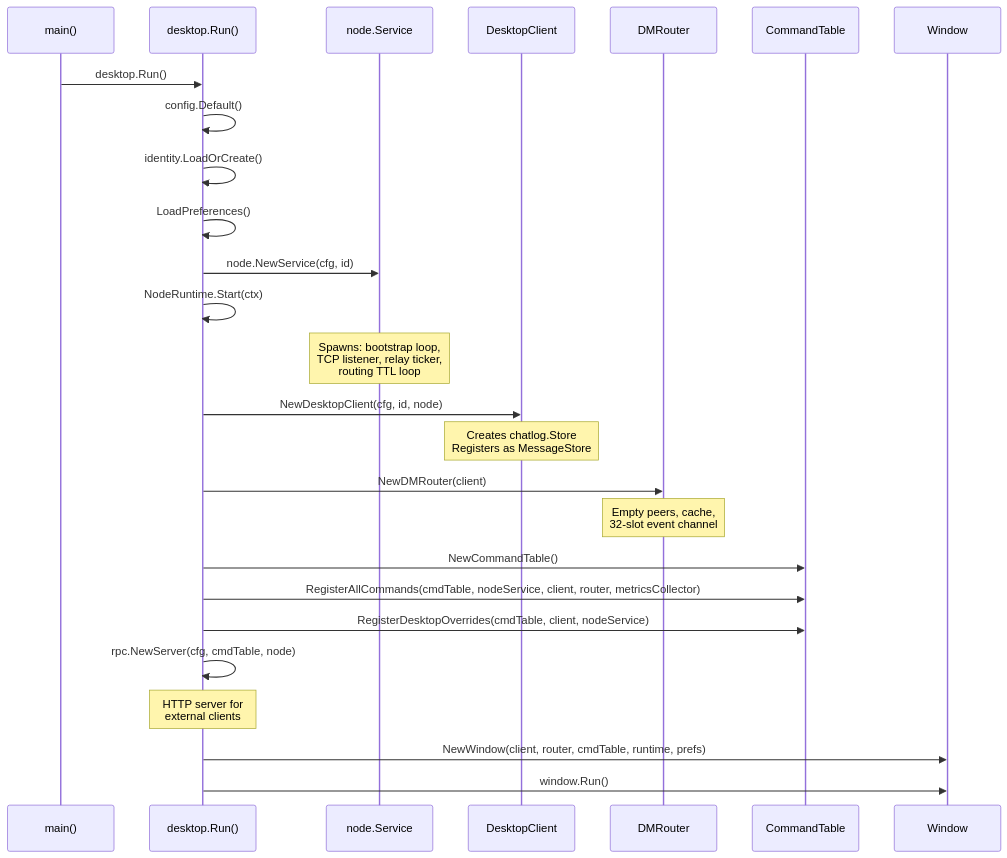
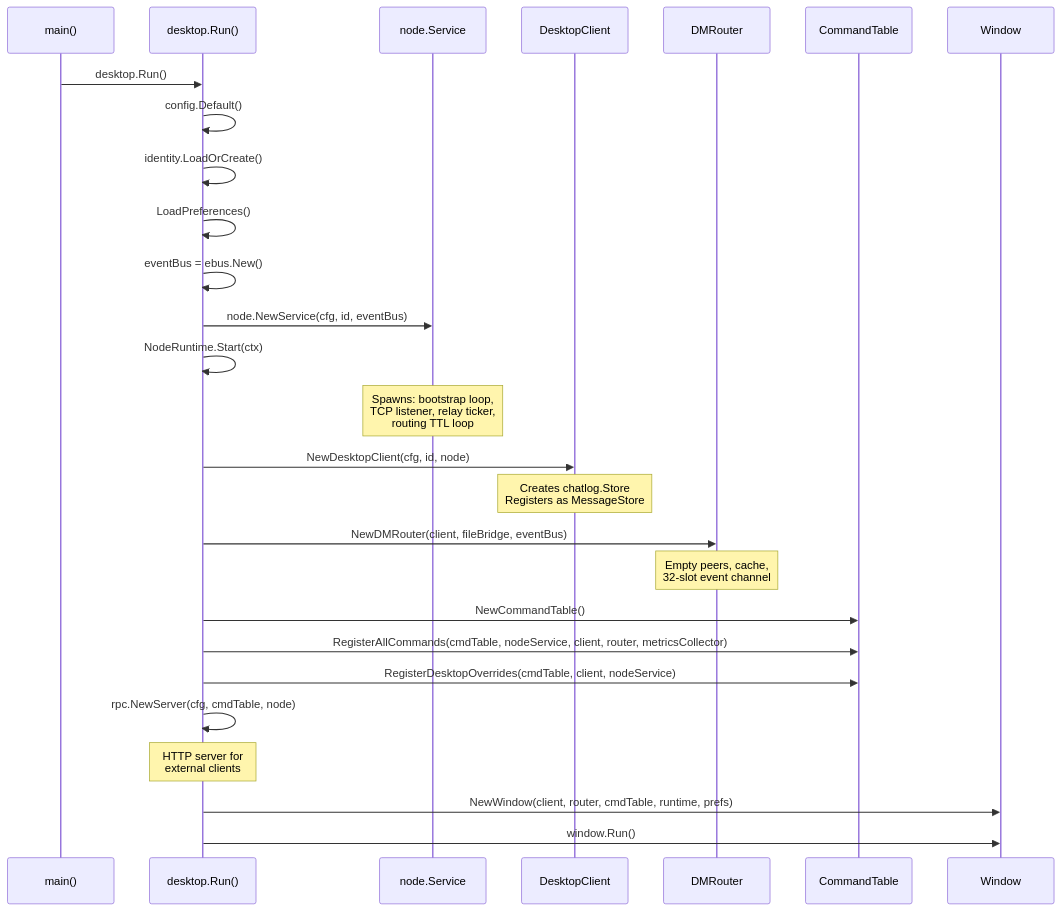
The first of 10 diagrams in docs/ui.md (piratecash/corsa), drawn with Mermaid before and after one commit. The commit also changed other lines of this file and 75 other files, not shown here.

First line of the commit message:
refactor(ebus): introduce async topic bus and move node state propagation onto ebus

````diff
--- a/docs/ui.md
+++ b/docs/ui.md
@@ -38,35 +38,36 @@
 ```mermaid
 sequenceDiagram
     participant Main as main()
     participant App as desktop.Run()
     participant Node as node.Service
     participant Client as DesktopClient
     participant Router as DMRouter
     participant Cmd as CommandTable
     participant Win as Window
 
     Main->>App: desktop.Run()
     App->>App: config.Default()
     App->>App: identity.LoadOrCreate()
     App->>App: LoadPreferences()
 
-    App->>Node: node.NewService(cfg, id)
+    App->>App: eventBus = ebus.New()
+    App->>Node: node.NewService(cfg, id, eventBus)
     App->>App: NodeRuntime.Start(ctx)
     Note over Node: Spawns: bootstrap loop,<br/>TCP listener, relay ticker,<br/>routing TTL loop
 
     App->>Client: NewDesktopClient(cfg, id, node)
     Note over Client: Creates chatlog.Store<br/>Registers as MessageStore
 
-    App->>Router: NewDMRouter(client)
+    App->>Router: NewDMRouter(client, fileBridge, eventBus)
     Note over Router: Empty peers, cache,<br/>32-slot event channel
 
     App->>Cmd: NewCommandTable()
     App->>Cmd: RegisterAllCommands(cmdTable, nodeService, client, router, metricsCollector)
     App->>Cmd: RegisterDesktopOverrides(cmdTable, client, nodeService)
 
     App->>App: rpc.NewServer(cfg, cmdTable, node)
     Note over App: HTTP server for<br/>external clients
 
     App->>Win: NewWindow(client, router, cmdTable, runtime, prefs)
     App->>Win: window.Run()
 ```
````
